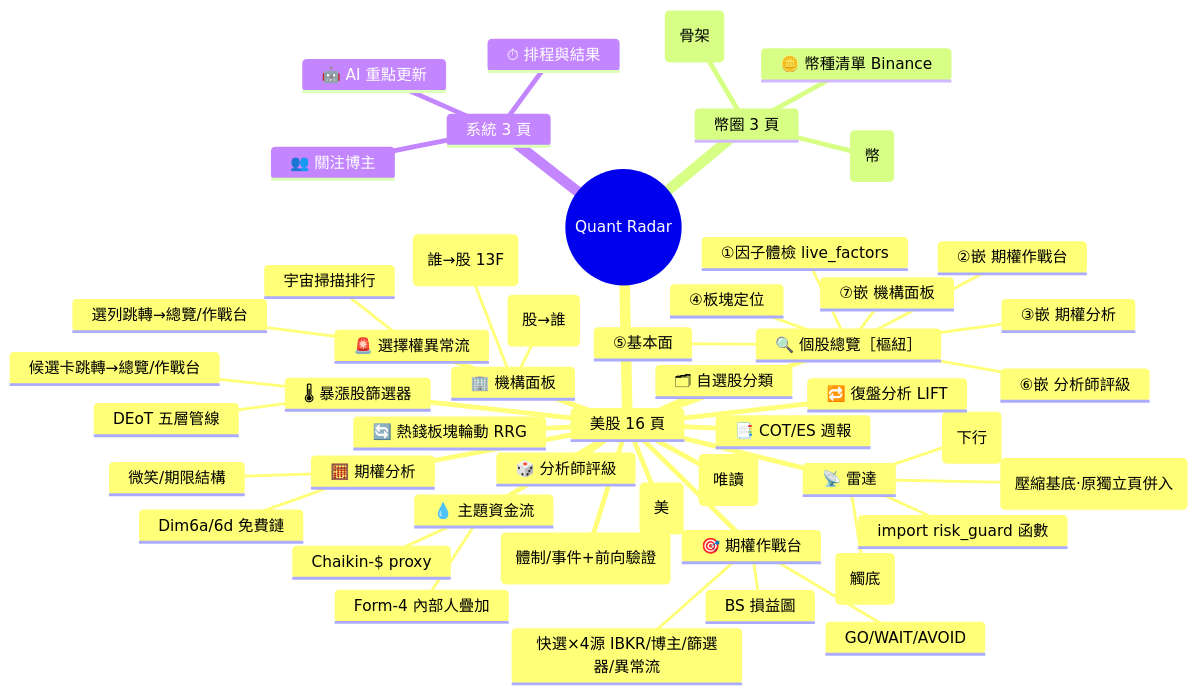
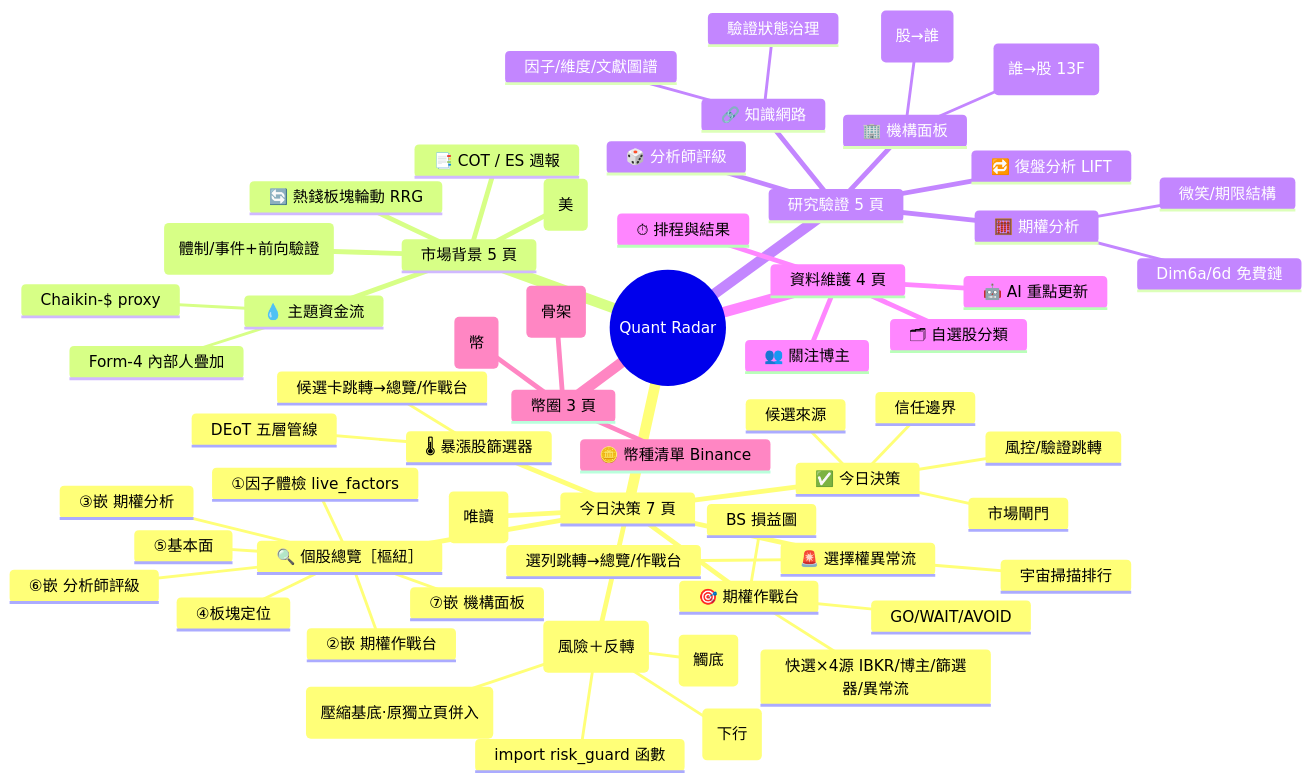
One commit to KennyHsiao/surge-screener changed the first of 3 diagrams in docs/system_panorama.md. Above: the diagram before and after it, drawn with Mermaid. The commit also changed other lines of this file and 6 other files, not shown here.

````diff
--- a/docs/system_panorama.md
+++ b/docs/system_panorama.md
@@ -10,53 +10,63 @@
 ```mermaid
 mindmap
   root((Quant Radar))
-    美股 16 頁
+    今日決策 7 頁
+      ✅ 今日決策
+        市場閘門
+        信任邊界
+        候選來源
+        風控/驗證跳轉
       🌡 暴漲股篩選器
         DEoT 五層管線
         候選卡跳轉→總覽/作戰台
+      🚨 選擇權異常流
+        宇宙掃描排行
+        選列跳轉→總覽/作戰台
       🔍 個股總覽［樞紐］
         ①因子體檢 live_factors
         ②嵌 期權作戰台
         ③嵌 期權分析
         ④板塊定位
         ⑤基本面
         ⑥嵌 分析師評級
         ⑦嵌 機構面板
       🎯 期權作戰台
         GO/WAIT/AVOID
         BS 損益圖
         快選×4源 IBKR/博主/篩選器/異常流
-      🧮 期權分析
-        Dim6a/6d 免費鏈
-        微笑/期限結構
-      🚨 選擇權異常流
-        宇宙掃描排行
-        選列跳轉→總覽/作戰台
-      📡 雷達
+      📡 雷達 (風險＋反轉)
         風險(下行)
         反轉(觸底)
         ⚡蓄勢(壓縮基底·原獨立頁併入)
         import risk_guard 函數
+      🧾 IBKR 對帳(唯讀)
+    市場背景 5 頁
       🔄 熱錢板塊輪動 RRG
       💧 主題資金流
         Chaikin-$ proxy
         Form-4 內部人疊加
+      📑 COT / ES 週報
+      🧭 大盤行情研判(體制/事件+前向驗證)
+      🐦 X 社群情緒(美)
+    研究驗證 5 頁
       🔁 復盤分析 LIFT
+      🔗 知識網路
+        因子/維度/文獻圖譜
+        驗證狀態治理
+      🧮 期權分析
+        Dim6a/6d 免費鏈
+        微笑/期限結構
       🎲 分析師評級
       🏢 機構面板
         持股(股→誰)
         持倉(誰→股 13F)
-      🧾 IBKR 對帳(唯讀)
+    資料維護 4 頁
       🗂 自選股分類
-      📑 COT/ES 週報
-      🧭 大盤行情研判(體制/事件+前向驗證)
-      🐦 X 社群情緒(美)
+      👥 關注博主
+      ⏱ 排程與結果
+      🤖 AI 重點更新
     幣圈 3 頁
       🪙 幣種清單 Binance
       🔍 幣圈篩選(骨架)
       🐦 X 社群情緒(幣)
-    系統 3 頁
-      👥 關注博主
-      ⏱ 排程與結果
-      🤖 AI 重點更新
 ```
````
